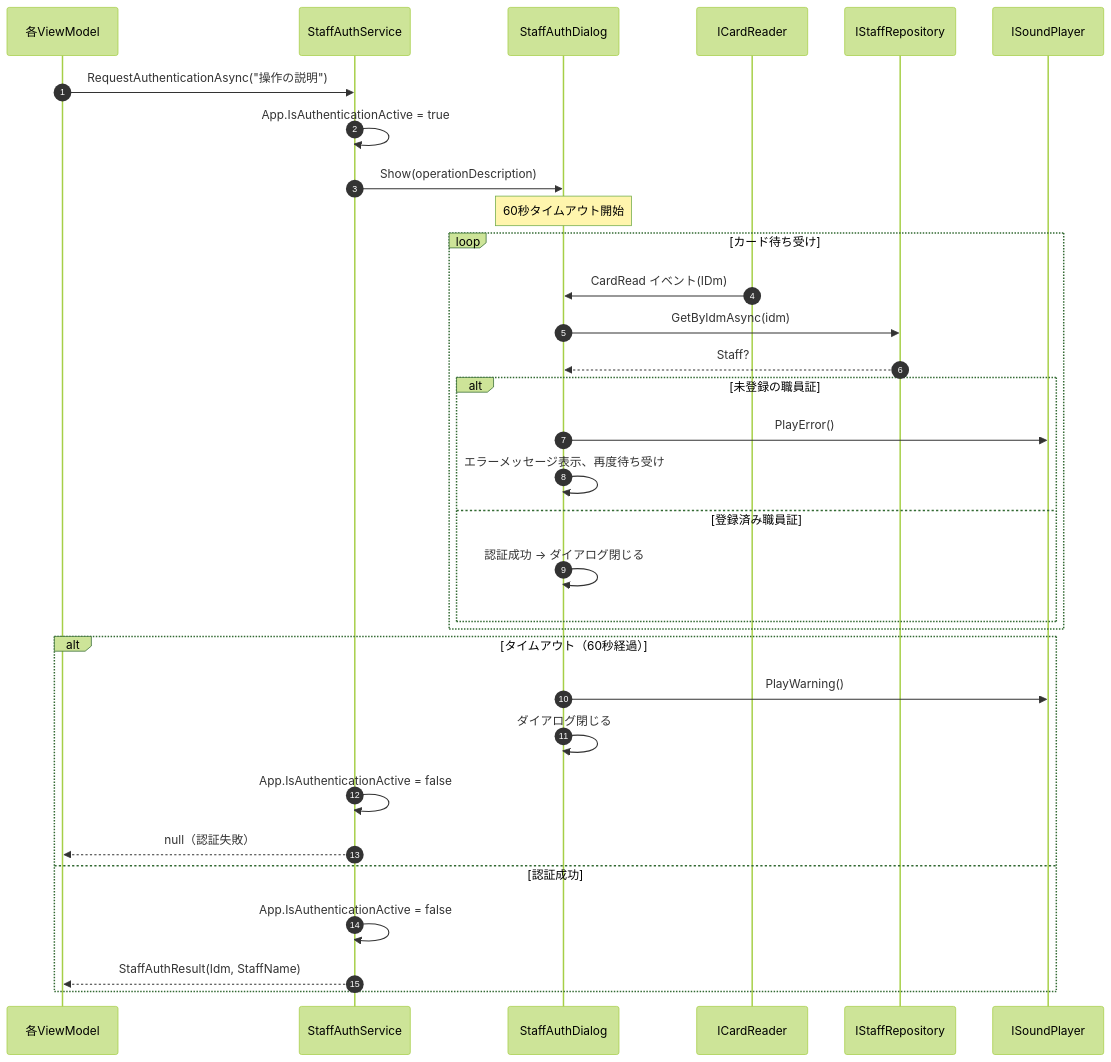
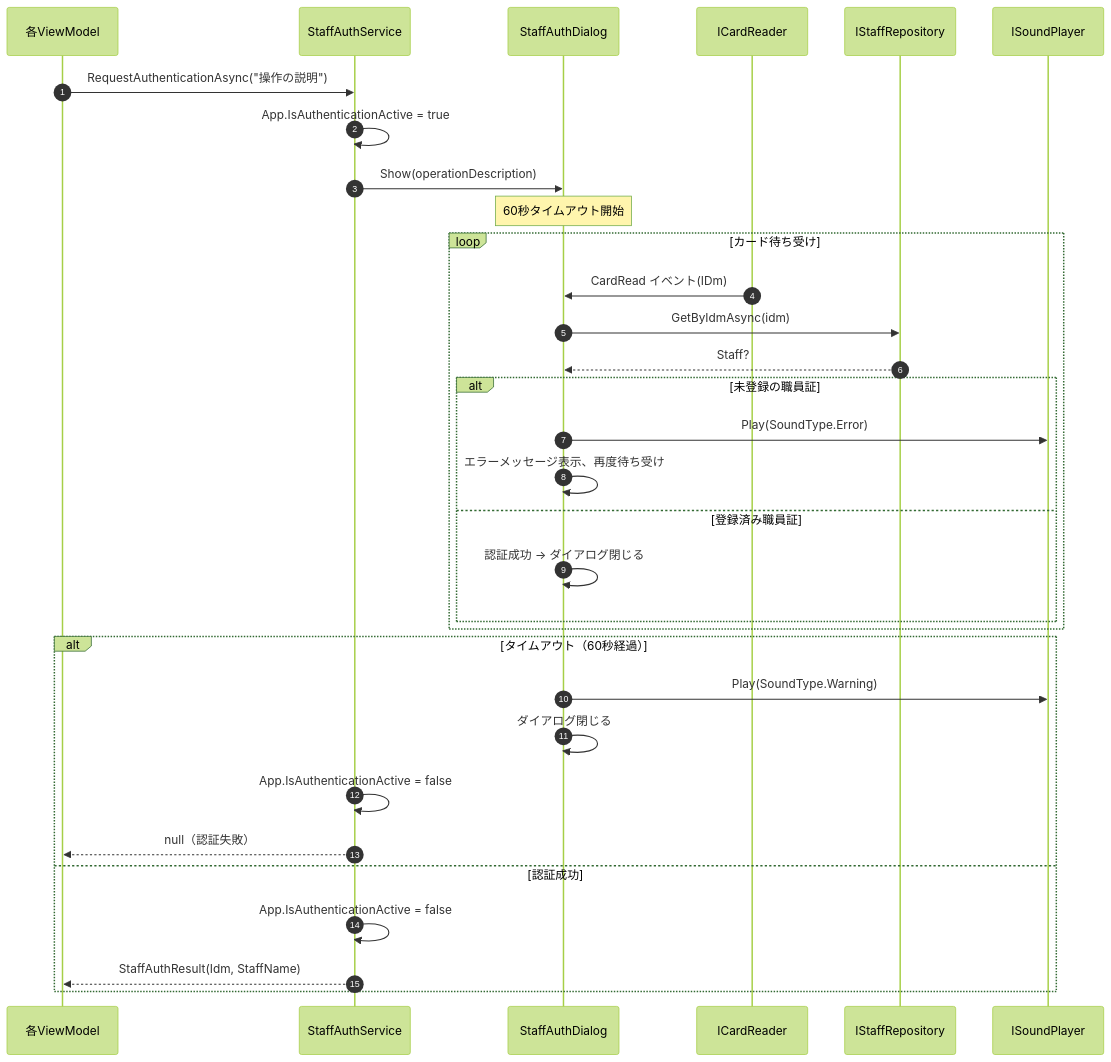
Diagram 11 of 14 in ICCardManager/docs/design/06_シーケンス図.md (kuwayamamasayuki/ICCardManager), drawn with Mermaid (forest theme) before and after one commit. The commit also changed other lines of this file, not shown here.

First line of the commit message:
docs: 06_シーケンス図を実装へ整合（サウンドAPI・バックアップ手段・用語）（ドリフト監査 D1/D9） (#1644)

````diff
--- a/ICCardManager/docs/design/06_シーケンス図.md
+++ b/ICCardManager/docs/design/06_シーケンス図.md
@@ -598,40 +598,40 @@
 ```mermaid
 sequenceDiagram
     autonumber
     participant VM as 各ViewModel
     participant Auth as StaffAuthService
     participant Dialog as StaffAuthDialog
     participant Reader as ICardReader
     participant SR as IStaffRepository
     participant Sound as ISoundPlayer
 
     VM->>Auth: RequestAuthenticationAsync("操作の説明")
 
     Auth->>Auth: App.IsAuthenticationActive = true
     Auth->>Dialog: Show(operationDescription)
 
     Note over Dialog: 60秒タイムアウト開始
 
     loop カード待ち受け
         Reader->>Dialog: CardRead イベント(IDm)
         Dialog->>SR: GetByIdmAsync(idm)
         SR-->>Dialog: Staff?
 
         alt 未登録の職員証
-            Dialog->>Sound: PlayError()
+            Dialog->>Sound: Play(SoundType.Error)
             Dialog->>Dialog: エラーメッセージ表示、再度待ち受け
         else 登録済み職員証
             Dialog->>Dialog: 認証成功 → ダイアログ閉じる
         end
     end
 
     alt タイムアウト（60秒経過）
-        Dialog->>Sound: PlayWarning()
+        Dialog->>Sound: Play(SoundType.Warning)
         Dialog->>Dialog: ダイアログ閉じる
         Auth->>Auth: App.IsAuthenticationActive = false
         Auth-->>VM: null（認証失敗）
     else 認証成功
         Auth->>Auth: App.IsAuthenticationActive = false
         Auth-->>VM: StaffAuthResult(Idm, StaffName)
     end
 ```
````
